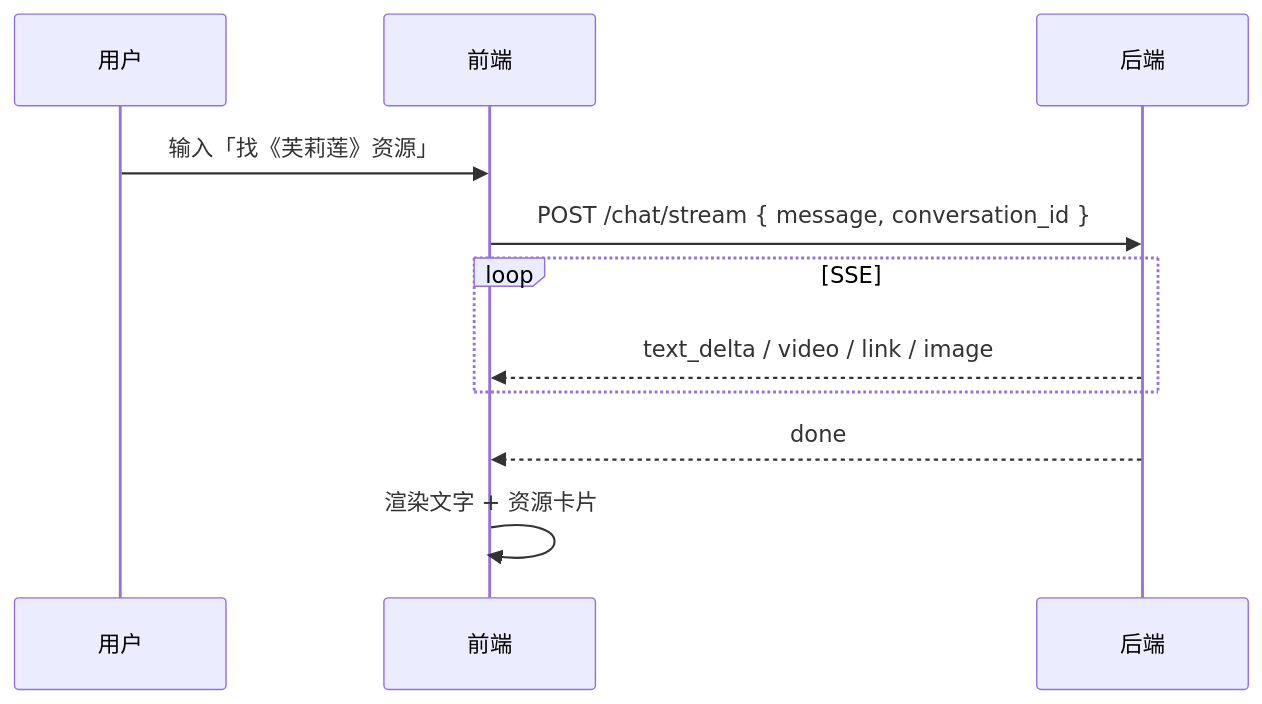
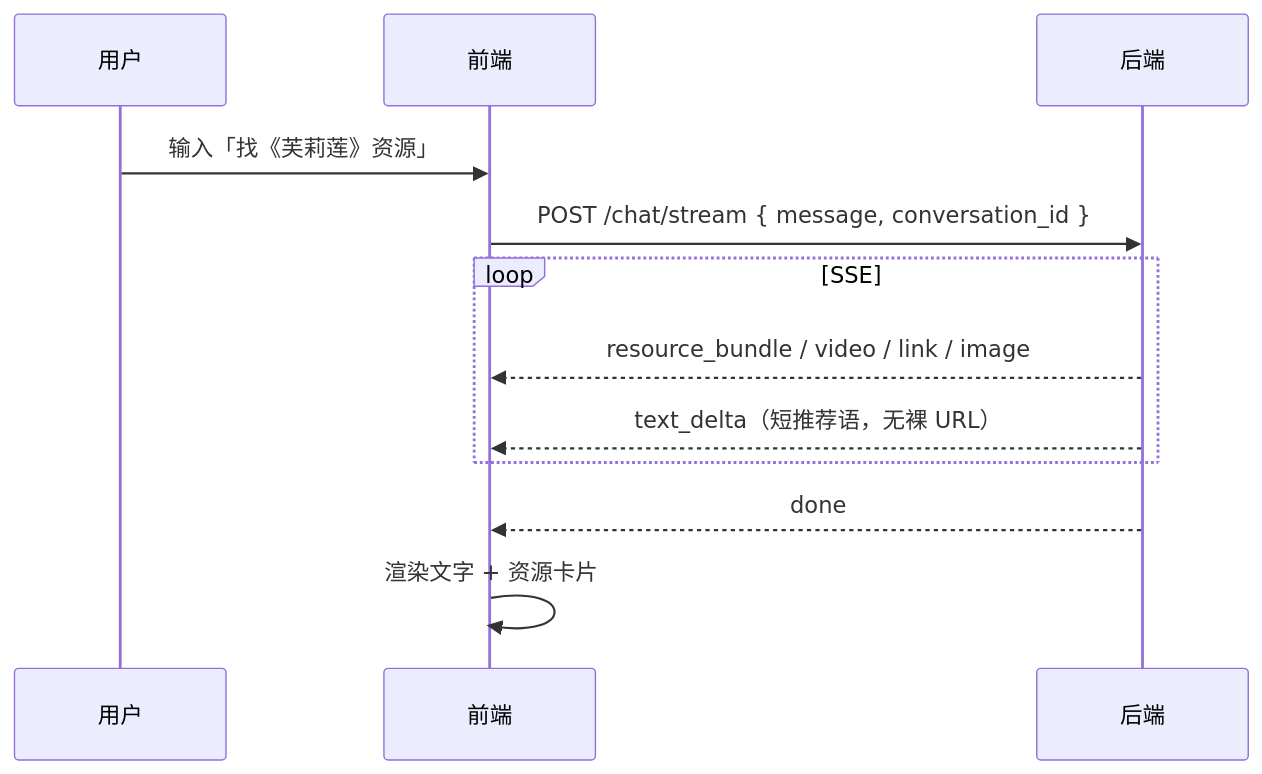
The first of 2 diagrams in docs/2026-09-07_接口文档_1.md (Yinhaha2/DelaynomoreBackEnd), drawn with Mermaid before and after one commit. The commit also changed other lines of this file and 18 other files, not shown here.

First line of the commit message:
feat: stream grouped resource_bundle instead of dumping video URLs

````diff
--- a/docs/2026-09-07_接口文档_1.md
+++ b/docs/2026-09-07_接口文档_1.md
@@ -443,14 +502,15 @@
 ```mermaid
 sequenceDiagram
     participant U as 用户
     participant FE as 前端
     participant BE as 后端
 
     U->>FE: 输入「找《芙莉莲》资源」
     FE->>BE: POST /chat/stream { message, conversation_id }
     loop SSE
-        BE-->>FE: text_delta / video / link / image
+        BE-->>FE: resource_bundle / video / link / image
+        BE-->>FE: text_delta（短推荐语，无裸 URL）
     end
     BE-->>FE: done
     FE->>FE: 渲染文字 + 资源卡片
 ```
````
